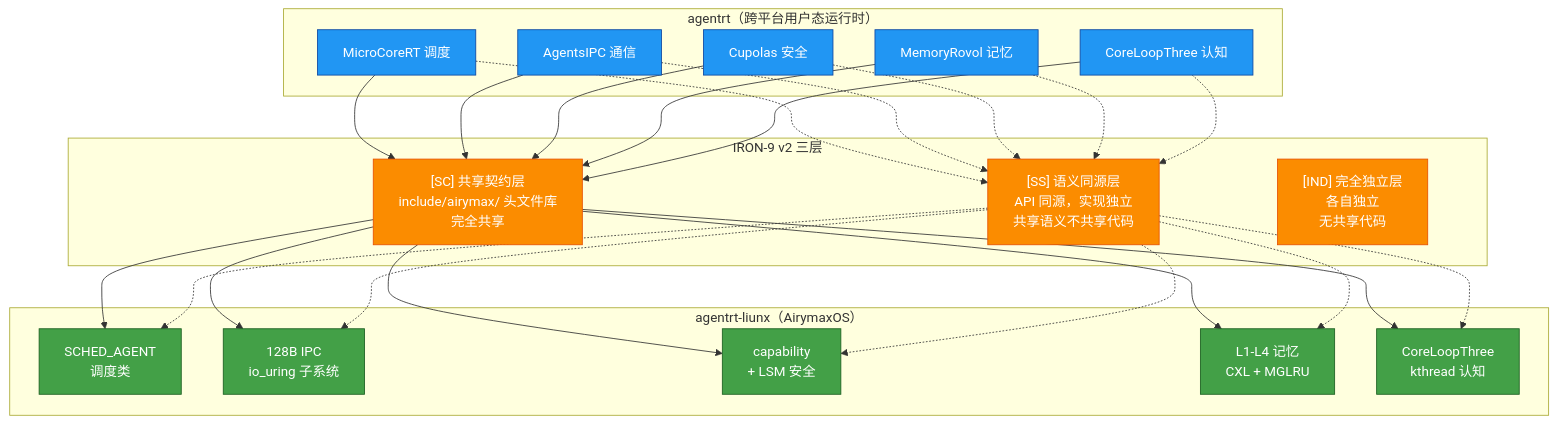
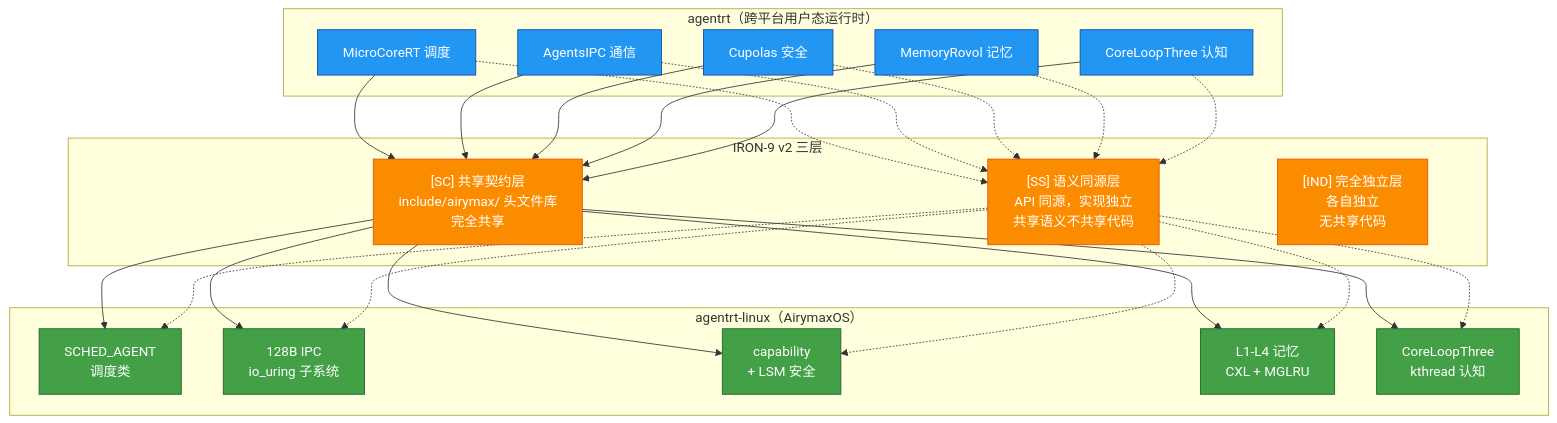
One commit to openairymax/docs changed the second of 3 diagrams in AirymaxOS/50-engineering-standards/40-integration/README.md. Above: the diagram before and after it, drawn with Mermaid. The commit also changed other lines of this file and 75 other files, not shown here.

````diff
--- a/AirymaxOS/50-engineering-standards/40-integration/README.md
+++ b/AirymaxOS/50-engineering-standards/40-integration/README.md
@@ -150,55 +150,55 @@
 ```mermaid
 graph TD
     subgraph "agentrt（跨平台用户态运行时）"
         RT1[MicroCoreRT 调度]
         RT2[AgentsIPC 通信]
         RT3[Cupolas 安全]
         RT4[MemoryRovol 记忆]
         RT5[CoreLoopThree 认知]
     end
 
     subgraph "IRON-9 v2 三层"
         SC["[SC] 共享契约层<br/>include/airymax/ 头文件库<br/>完全共享"]
         SS["[SS] 语义同源层<br/>API 同源，实现独立<br/>共享语义不共享代码"]
         IND["[IND] 完全独立层<br/>各自独立<br/>无共享代码"]
     end
 
-    subgraph "agentrt-liunx（AirymaxOS）"
+    subgraph "agentrt-linux（AirymaxOS）"
         OS1["SCHED_AGENT<br/>调度类"]
         OS2["128B IPC<br/>io_uring 子系统"]
         OS3["capability<br/>+ LSM 安全"]
         OS4["L1-L4 记忆<br/>CXL + MGLRU"]
         OS5["CoreLoopThree<br/>kthread 认知"]
     end
 
     RT1 --> SC
     RT2 --> SC
     RT3 --> SC
     RT4 --> SC
     RT5 --> SC
 
     SC --> OS1
     SC --> OS2
     SC --> OS3
     SC --> OS4
     SC --> OS5
 
     RT1 -.-> SS
     SS -.-> OS1
     RT2 -.-> SS
     SS -.-> OS2
     RT3 -.-> SS
     SS -.-> OS3
     RT4 -.-> SS
     SS -.-> OS4
     RT5 -.-> SS
     SS -.-> OS5
 
     classDef rt fill:#2196f3,stroke:#0d47a1,color:#ffffff
     classDef iron fill:#fb8c00,stroke:#e65100,color:#ffffff
     classDef os fill:#43a047,stroke:#1b5e20,color:#ffffff
 
     class RT1,RT2,RT3,RT4,RT5 rt
     class SC,SS,IND iron
     class OS1,OS2,OS3,OS4,OS5 os
 ```
````
